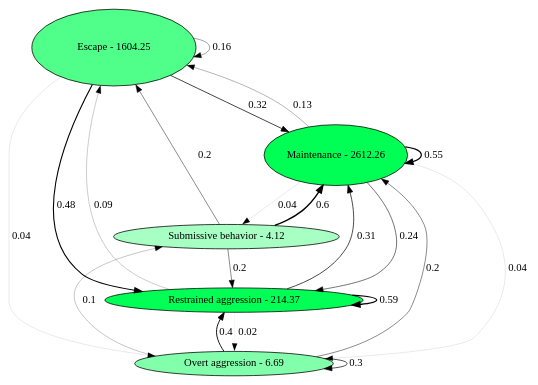
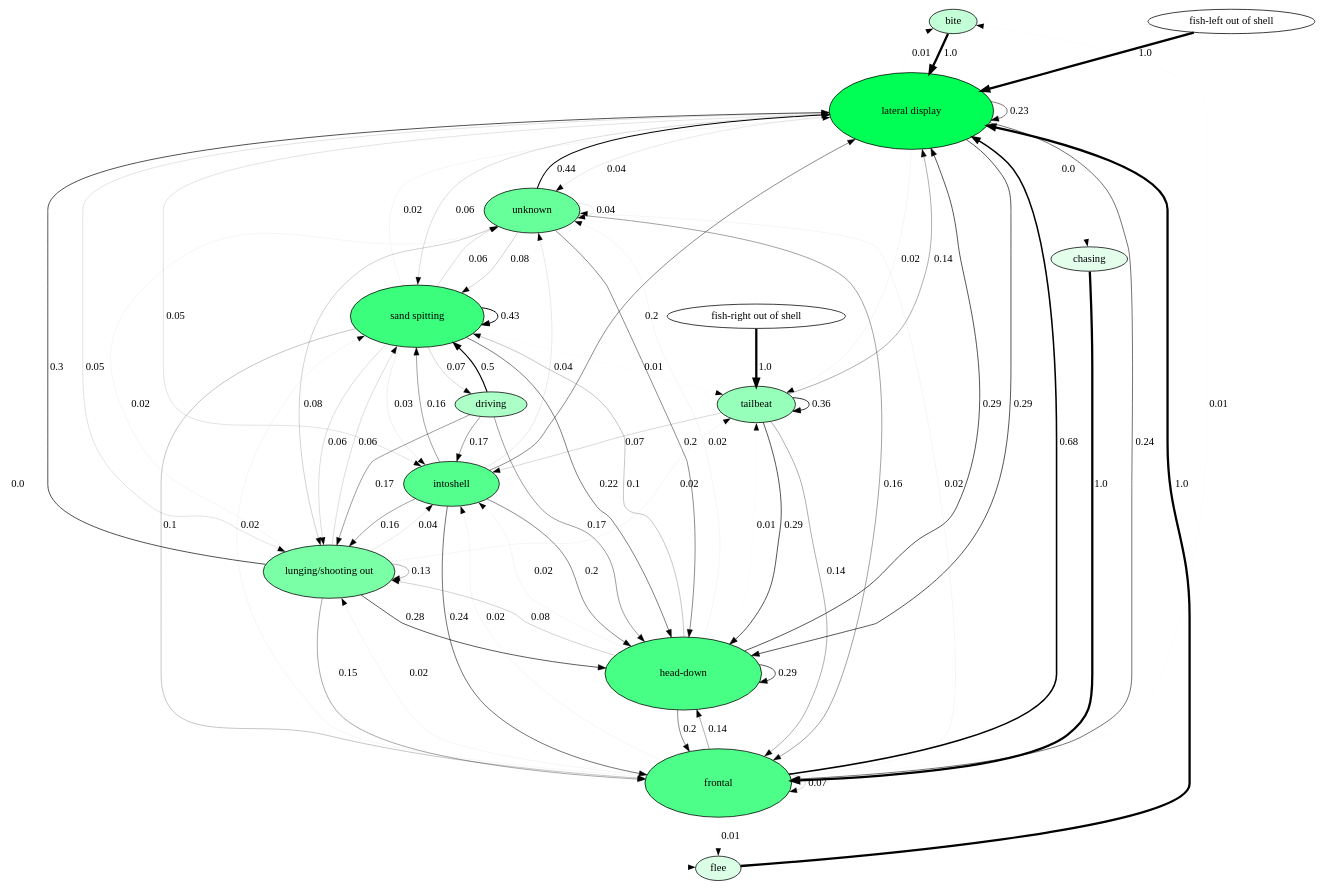
One commit to nicolkraus/AnalyzeBehavior changed the diagram in images/transitions.gv. Above: the diagram before and after it, drawn with Graphviz. The commit also changed 7 other files, not shown here.

```diff
--- a/images/transitions.gv
+++ b/images/transitions.gv
@@ -1,27 +1,87 @@
 digraph  {
-"Escape - 1604.25" [fillcolor="0.3888888888888889 0.6888495039940548 1", height="1.4", style=filled, tooltip="what should &#013; be here", width="3.0"];
-"Maintenance - 2612.26" [fillcolor="0.3888888888888889 1.0 1", height="1.105013510155046", style=filled, tooltip="what should &#013; be here", width="2.3678860931893846"];
-"Overt aggression - 6.69" [fillcolor="0.3888888888888889 0.4927604187023892 1", height="0.17659951825687517", style=filled, tooltip="what should &#013; be here", width="0.3784275391218754"];
-"Restrained aggression - 214.37" [fillcolor="0.3888888888888889 0.9939141928095451 1", height="0.38288700339441495", style=filled, tooltip="what should &#013; be here", width="0.8204721501308891"];
-"Submissive behavior - 4.12" [fillcolor="0.3888888888888889 0.3444247519970274 1", height="0.20621951126428595", style=filled, tooltip="what should &#013; be here", width="0.4418989527091842"];
-"Escape - 1604.25" -> "Escape - 1604.25"  [label="0.16", penwidth="0.48"];
-"Escape - 1604.25" -> "Maintenance - 2612.26"  [label="0.32", penwidth="0.96"];
-"Escape - 1604.25" -> "Overt aggression - 6.69"  [label="0.04", penwidth="0.12"];
-"Escape - 1604.25" -> "Restrained aggression - 214.37"  [label="0.48", penwidth="1.44"];
-"Maintenance - 2612.26" -> "Escape - 1604.25"  [label="0.13", penwidth="0.39"];
-"Maintenance - 2612.26" -> "Maintenance - 2612.26"  [label="0.55", penwidth="1.6500000000000001"];
-"Maintenance - 2612.26" -> "Overt aggression - 6.69"  [label="0.04", penwidth="0.12"];
-"Maintenance - 2612.26" -> "Restrained aggression - 214.37"  [label="0.24", penwidth="0.72"];
-"Maintenance - 2612.26" -> "Submissive behavior - 4.12"  [label="0.04", penwidth="0.12"];
-"Overt aggression - 6.69" -> "Maintenance - 2612.26"  [label="0.2", penwidth="0.6000000000000001"];
-"Overt aggression - 6.69" -> "Overt aggression - 6.69"  [label="0.3", penwidth="0.8999999999999999"];
-"Overt aggression - 6.69" -> "Restrained aggression - 214.37"  [label="0.4", penwidth="1.2000000000000002"];
-"Overt aggression - 6.69" -> "Submissive behavior - 4.12"  [label="0.1", penwidth="0.30000000000000004"];
-"Restrained aggression - 214.37" -> "Escape - 1604.25"  [label="0.09", penwidth="0.27"];
-"Restrained aggression - 214.37" -> "Maintenance - 2612.26"  [label="0.31", penwidth="0.9299999999999999"];
-"Restrained aggression - 214.37" -> "Overt aggression - 6.69"  [label="0.02", penwidth="0.06"];
-"Restrained aggression - 214.37" -> "Restrained aggression - 214.37"  [label="0.59", penwidth="1.77"];
-"Submissive behavior - 4.12" -> "Escape - 1604.25"  [label="0.2", penwidth="0.6000000000000001"];
-"Submissive behavior - 4.12" -> "Maintenance - 2612.26"  [label="0.6", penwidth="1.7999999999999998"];
-"Submissive behavior - 4.12" -> "Restrained aggression - 214.37"  [label="0.2", penwidth="0.6000000000000001"];
+bite [fillcolor="0.3888888888888889 0.23460980592076922 1", height="0.4089769934037396", style=filled, tooltip="what should &#013; be here", width="0.8763792715794421"];
+"lateral display" [fillcolor="0.3888888888888889 1.0 1", height="1.4", style=filled, tooltip="what should &#013; be here", width="3.0"];
+chasing [fillcolor="0.3888888888888889 0.10638000034776231 1", height="0.0", style=filled, tooltip="what should &#013; be here", width="0.0"];
+frontal [fillcolor="0.3888888888888889 0.6942382155338318 1", height="1.250224684719749", style=filled, tooltip="what should &#013; be here", width="2.6790528958280335"];
+driving [fillcolor="0.3888888888888889 0.32039363347958144 1", height="0.455307032949974", style=filled, tooltip="what should &#013; be here", width="0.9756579277499443"];
+"head-down" [fillcolor="0.3888888888888889 0.7159516264311926 1", height="1.3346640951735487", style=filled, tooltip="what should &#013; be here", width="2.8599944896576046"];
+intoshell [fillcolor="0.3888888888888889 0.6669990191860939 1", height="0.8179539868074792", style=filled, tooltip="what should &#013; be here", width="1.7527585431588841"];
+"lunging/shooting out" [fillcolor="0.3888888888888889 0.521376944768488 1", height="0.9783675270371591", style=filled, tooltip="what should &#013; be here", width="2.0965018436510556"];
+"sand spitting" [fillcolor="0.3888888888888889 0.7654759743606253 1", height="1.1377436399965202", style=filled, tooltip="what should &#013; be here", width="2.4380220857068293"];
+"fish-left out of shell" [fillcolor="0.3888888888888889 0.0 1", height="0.0", style=filled, tooltip="what should &#013; be here", width="0.0"];
+"fish-right out of shell" [fillcolor="0.3888888888888889 0.0 1", height="0.0", style=filled, tooltip="what should &#013; be here", width="0.0"];
+tailbeat [fillcolor="0.3888888888888889 0.40919505060510486 1", height="0.6706153270950386", style=filled, tooltip="what should &#013; be here", width="1.4370328437750828"];
+flee [fillcolor="0.3888888888888889 0.14411890605811684 1", height="0.17613680385032734", style=filled, tooltip="what should &#013; be here", width="0.37743600825070145"];
+unknown [fillcolor="0.3888888888888889 0.5939197308744592 1", height="0.8179539868074792", style=filled, tooltip="what should &#013; be here", width="1.7527585431588841"];
+bite -> "lateral display"  [label="1.0", penwidth="3.0"];
+"lateral display" -> bite  [label="0.01", penwidth="0.03"];
+"lateral display" -> chasing  [label="0.0", penwidth="0.0"];
+"lateral display" -> flee  [label="0.0", penwidth="0.0"];
+"lateral display" -> frontal  [label="0.24", penwidth="0.72"];
+"lateral display" -> "head-down"  [label="0.29", penwidth="0.8699999999999999"];
+"lateral display" -> intoshell  [label="0.05", penwidth="0.15000000000000002"];
+"lateral display" -> "lateral display"  [label="0.23", penwidth="0.6900000000000001"];
+"lateral display" -> "lunging/shooting out"  [label="0.05", penwidth="0.15000000000000002"];
+"lateral display" -> "sand spitting"  [label="0.06", penwidth="0.18"];
+"lateral display" -> tailbeat  [label="0.02", penwidth="0.06"];
+"lateral display" -> unknown  [label="0.04", penwidth="0.12"];
+chasing -> frontal  [label="1.0", penwidth="3.0"];
+frontal -> bite  [label="0.01", penwidth="0.03"];
+frontal -> flee  [label="0.01", penwidth="0.03"];
+frontal -> frontal  [label="0.07", penwidth="0.21000000000000002"];
+frontal -> "head-down"  [label="0.14", penwidth="0.42000000000000004"];
+frontal -> intoshell  [label="0.02", penwidth="0.06"];
+frontal -> "lateral display"  [label="0.68", penwidth="2.04"];
+frontal -> "lunging/shooting out"  [label="0.02", penwidth="0.06"];
+frontal -> "sand spitting"  [label="0.02", penwidth="0.06"];
+frontal -> unknown  [label="0.02", penwidth="0.06"];
+driving -> "head-down"  [label="0.17", penwidth="0.51"];
+driving -> intoshell  [label="0.17", penwidth="0.51"];
+driving -> "lunging/shooting out"  [label="0.17", penwidth="0.51"];
+driving -> "sand spitting"  [label="0.5", penwidth="1.5"];
+"head-down" -> frontal  [label="0.2", penwidth="0.6000000000000001"];
+"head-down" -> "head-down"  [label="0.29", penwidth="0.8699999999999999"];
+"head-down" -> intoshell  [label="0.02", penwidth="0.06"];
+"head-down" -> "lateral display"  [label="0.29", penwidth="0.8699999999999999"];
+"head-down" -> "lunging/shooting out"  [label="0.08", penwidth="0.24"];
+"head-down" -> "sand spitting"  [label="0.1", penwidth="0.30000000000000004"];
+"head-down" -> tailbeat  [label="0.01", penwidth="0.03"];
+"head-down" -> unknown  [label="0.02", penwidth="0.06"];
+intoshell -> frontal  [label="0.24", penwidth="0.72"];
+intoshell -> "head-down"  [label="0.2", penwidth="0.6000000000000001"];
+intoshell -> "lateral display"  [label="0.2", penwidth="0.6000000000000001"];
+intoshell -> "lunging/shooting out"  [label="0.16", penwidth="0.48"];
+intoshell -> "sand spitting"  [label="0.16", penwidth="0.48"];
+intoshell -> unknown  [label="0.04", penwidth="0.12"];
+"lunging/shooting out" -> frontal  [label="0.15", penwidth="0.44999999999999996"];
+"lunging/shooting out" -> "head-down"  [label="0.28", penwidth="0.8400000000000001"];
+"lunging/shooting out" -> intoshell  [label="0.04", penwidth="0.12"];
+"lunging/shooting out" -> "lateral display"  [label="0.3", penwidth="0.8999999999999999"];
+"lunging/shooting out" -> "lunging/shooting out"  [label="0.13", penwidth="0.39"];
+"lunging/shooting out" -> "sand spitting"  [label="0.06", penwidth="0.18"];
+"lunging/shooting out" -> tailbeat  [label="0.02", penwidth="0.06"];
+"lunging/shooting out" -> unknown  [label="0.02", penwidth="0.06"];
+"sand spitting" -> driving  [label="0.07", penwidth="0.21000000000000002"];
+"sand spitting" -> frontal  [label="0.1", penwidth="0.30000000000000004"];
+"sand spitting" -> "head-down"  [label="0.22", penwidth="0.66"];
+"sand spitting" -> intoshell  [label="0.03", penwidth="0.09"];
+"sand spitting" -> "lateral display"  [label="0.02", penwidth="0.06"];
+"sand spitting" -> "lunging/shooting out"  [label="0.06", penwidth="0.18"];
+"sand spitting" -> "sand spitting"  [label="0.43", penwidth="1.29"];
+"sand spitting" -> tailbeat  [label="0.01", penwidth="0.03"];
+"sand spitting" -> unknown  [label="0.06", penwidth="0.18"];
+"fish-left out of shell" -> "lateral display"  [label="1.0", penwidth="3.0"];
+"fish-right out of shell" -> tailbeat  [label="1.0", penwidth="3.0"];
+tailbeat -> frontal  [label="0.14", penwidth="0.42000000000000004"];
+tailbeat -> "head-down"  [label="0.29", penwidth="0.8699999999999999"];
+tailbeat -> intoshell  [label="0.07", penwidth="0.21000000000000002"];
+tailbeat -> "lateral display"  [label="0.14", penwidth="0.42000000000000004"];
+tailbeat -> tailbeat  [label="0.36", penwidth="1.08"];
+flee -> "lateral display"  [label="1.0", penwidth="3.0"];
+unknown -> frontal  [label="0.16", penwidth="0.48"];
+unknown -> "head-down"  [label="0.2", penwidth="0.6000000000000001"];
+unknown -> "lateral display"  [label="0.44", penwidth="1.32"];
+unknown -> "lunging/shooting out"  [label="0.08", penwidth="0.24"];
+unknown -> "sand spitting"  [label="0.08", penwidth="0.24"];
+unknown -> unknown  [label="0.04", penwidth="0.12"];
 }
```
